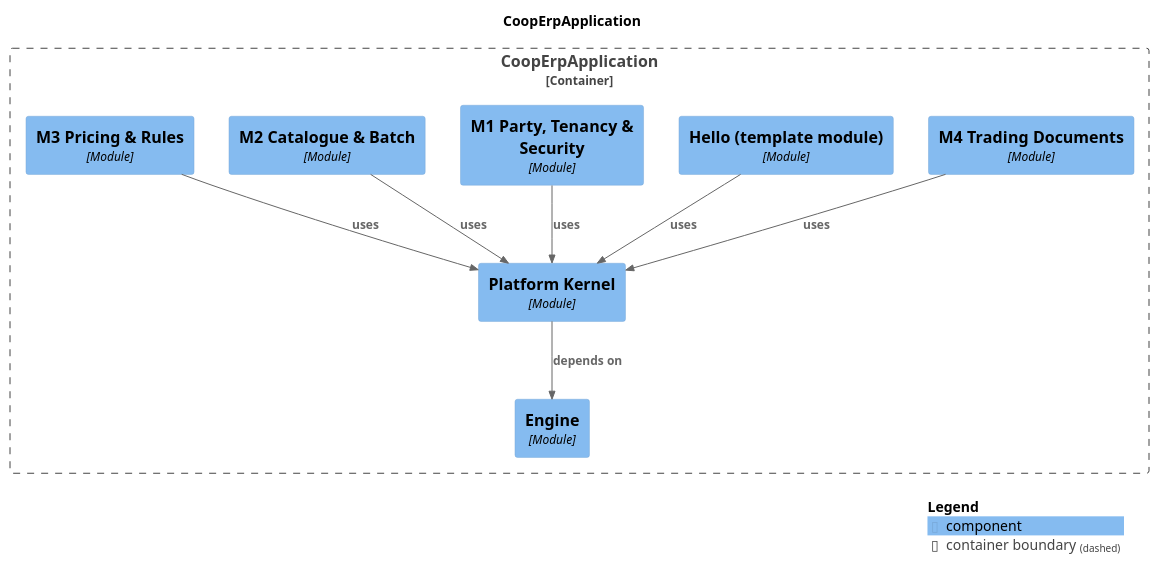
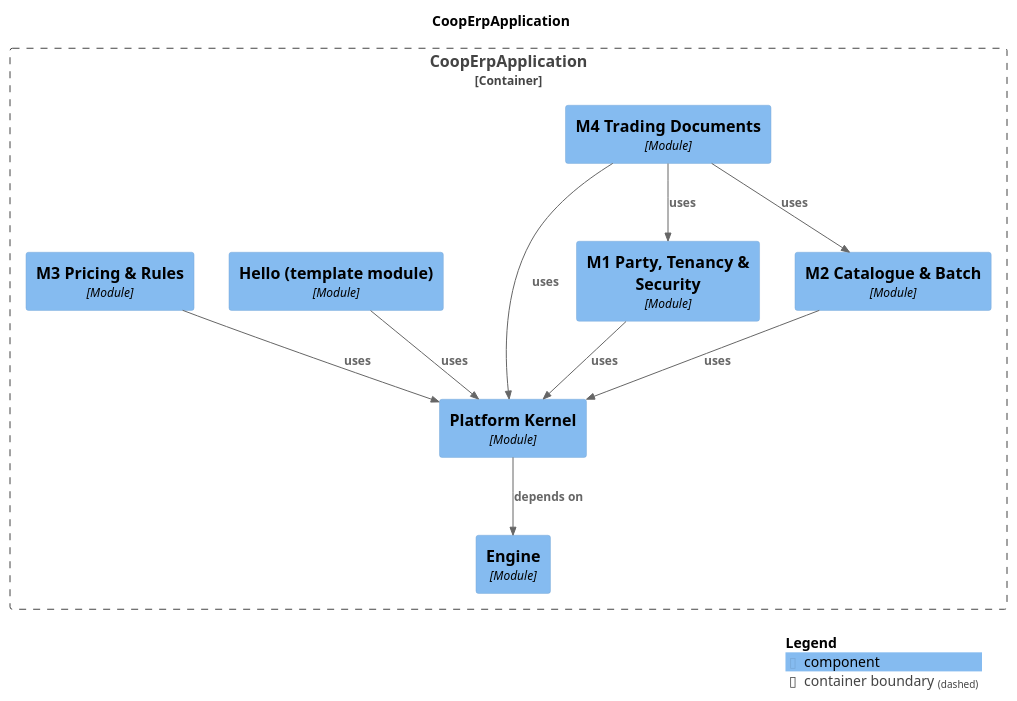
One commit to Knoweb/COOP_ERP changed the diagram in docs/modules/components.puml. Above: the diagram before and after it, drawn with PlantUML. The commit also changed 8 other files, not shown here.

```diff
--- a/docs/modules/components.puml
+++ b/docs/modules/components.puml
@@ -1,29 +1,31 @@
 @startuml
 set separator none
 title CoopErpApplication
 
 top to bottom direction
 
 !include <C4/C4>
 !include <C4/C4_Context>
 !include <C4/C4_Component>
 
 Container_Boundary("CoopErpApplication.CoopErpApplication_boundary", "CoopErpApplication", $tags="") {
   Component(CoopErpApplication.CoopErpApplication.M4TradingDocuments, "M4 Trading Documents", $techn="Module", $descr="", $tags="", $link="")
   Component(CoopErpApplication.CoopErpApplication.Engine, "Engine", $techn="Module", $descr="", $tags="", $link="")
   Component(CoopErpApplication.CoopErpApplication.PlatformKernel, "Platform Kernel", $techn="Module", $descr="", $tags="", $link="")
   Component(CoopErpApplication.CoopErpApplication.Hellotemplatemodule, "Hello (template module)", $techn="Module", $descr="", $tags="", $link="")
   Component(CoopErpApplication.CoopErpApplication.M1PartyTenancySecurity, "M1 Party, Tenancy & Security", $techn="Module", $descr="", $tags="", $link="")
   Component(CoopErpApplication.CoopErpApplication.M2CatalogueBatch, "M2 Catalogue & Batch", $techn="Module", $descr="", $tags="", $link="")
   Component(CoopErpApplication.CoopErpApplication.M3PricingRules, "M3 Pricing & Rules", $techn="Module", $descr="", $tags="", $link="")
 }
 
+Rel(CoopErpApplication.CoopErpApplication.M4TradingDocuments, CoopErpApplication.CoopErpApplication.PlatformKernel, "uses", $techn="", $tags="", $link="")
+Rel(CoopErpApplication.CoopErpApplication.M4TradingDocuments, CoopErpApplication.CoopErpApplication.M1PartyTenancySecurity, "uses", $techn="", $tags="", $link="")
+Rel(CoopErpApplication.CoopErpApplication.M4TradingDocuments, CoopErpApplication.CoopErpApplication.M2CatalogueBatch, "uses", $techn="", $tags="", $link="")
+Rel(CoopErpApplication.CoopErpApplication.M2CatalogueBatch, CoopErpApplication.CoopErpApplication.PlatformKernel, "uses", $techn="", $tags="", $link="")
+Rel(CoopErpApplication.CoopErpApplication.M1PartyTenancySecurity, CoopErpApplication.CoopErpApplication.PlatformKernel, "uses", $techn="", $tags="", $link="")
+Rel(CoopErpApplication.CoopErpApplication.PlatformKernel, CoopErpApplication.CoopErpApplication.Engine, "depends on", $techn="", $tags="", $link="")
+Rel(CoopErpApplication.CoopErpApplication.M3PricingRules, CoopErpApplication.CoopErpApplication.PlatformKernel, "uses", $techn="", $tags="", $link="")
 Rel(CoopErpApplication.CoopErpApplication.Hellotemplatemodule, CoopErpApplication.CoopErpApplication.PlatformKernel, "uses", $techn="", $tags="", $link="")
-Rel(CoopErpApplication.CoopErpApplication.M1PartyTenancySecurity, CoopErpApplication.CoopErpApplication.PlatformKernel, "uses", $techn="", $tags="", $link="")
-Rel(CoopErpApplication.CoopErpApplication.M2CatalogueBatch, CoopErpApplication.CoopErpApplication.PlatformKernel, "uses", $techn="", $tags="", $link="")
-Rel(CoopErpApplication.CoopErpApplication.M3PricingRules, CoopErpApplication.CoopErpApplication.PlatformKernel, "uses", $techn="", $tags="", $link="")
-Rel(CoopErpApplication.CoopErpApplication.M4TradingDocuments, CoopErpApplication.CoopErpApplication.PlatformKernel, "uses", $techn="", $tags="", $link="")
-Rel(CoopErpApplication.CoopErpApplication.PlatformKernel, CoopErpApplication.CoopErpApplication.Engine, "depends on", $techn="", $tags="", $link="")
 
 SHOW_LEGEND(true)
 @enduml
```
